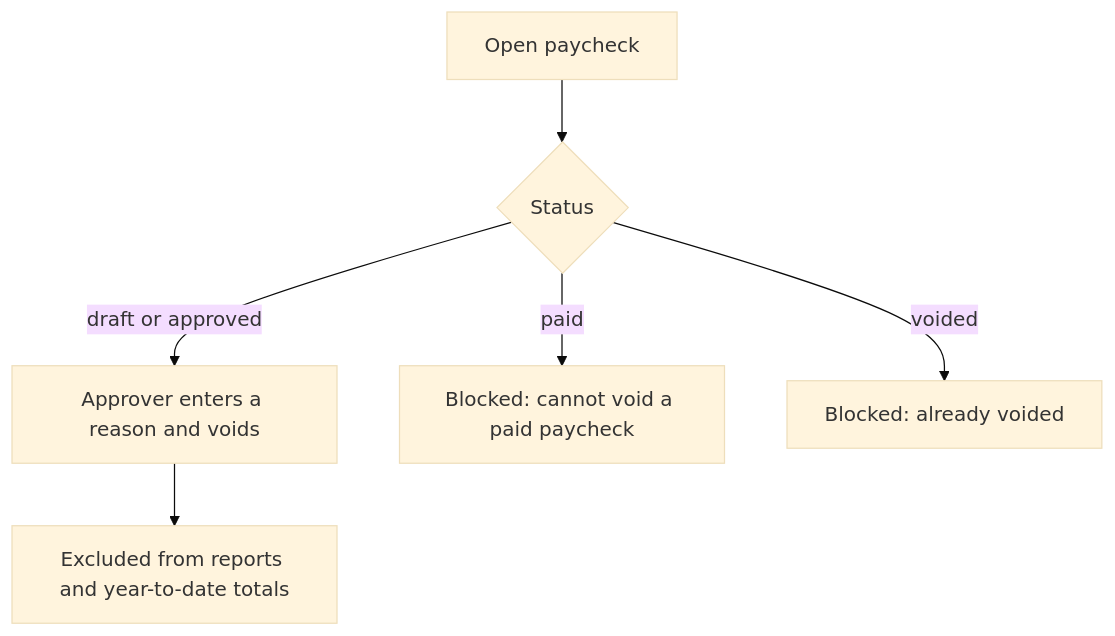
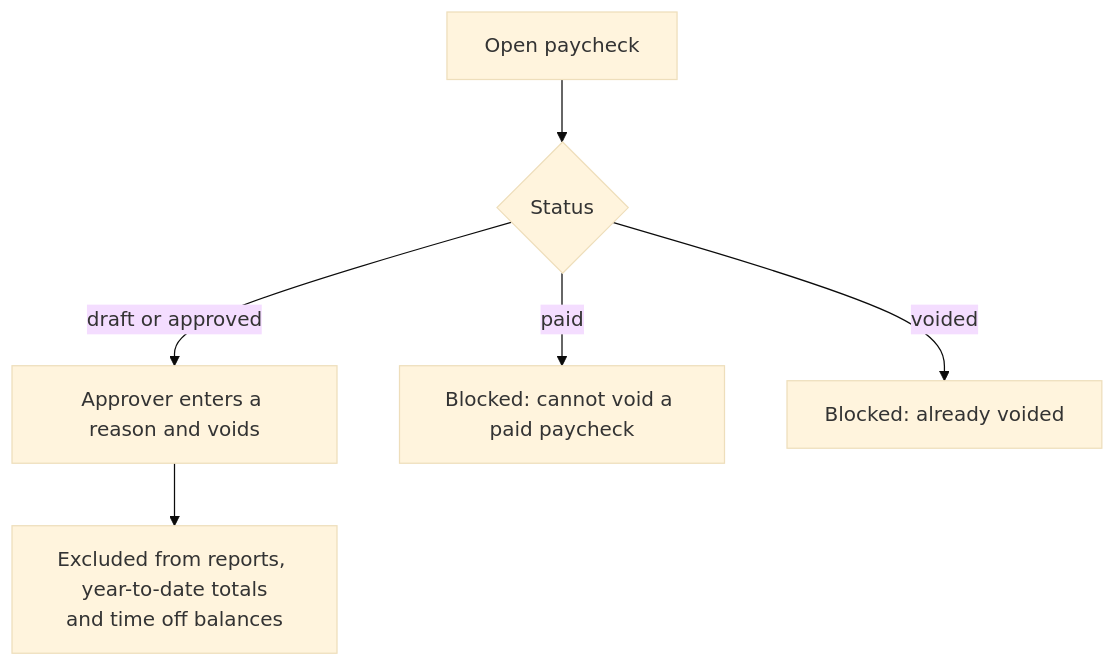
The sixth of 9 diagrams in docs/PROCESS-FLOW.md (khorjak/vibes-payroll), drawn with Mermaid (base theme) before and after one commit. The commit also changed other lines of this file and 20 other files, not shown here.

````diff
--- a/docs/PROCESS-FLOW.md
+++ b/docs/PROCESS-FLOW.md
@@ -143,8 +154,8 @@
 ```mermaid
 flowchart TD
     V1[Open paycheck] --> V2{Status}
     V2 -->|draft or approved| V3[Approver enters a reason and voids]
     V2 -->|paid| V4[Blocked: cannot void a paid paycheck]
     V2 -->|voided| V5[Blocked: already voided]
-    V3 --> V6[Excluded from reports and year-to-date totals]
+    V3 --> V6[Excluded from reports, year-to-date totals<br/>and time off balances]
 ```
````
